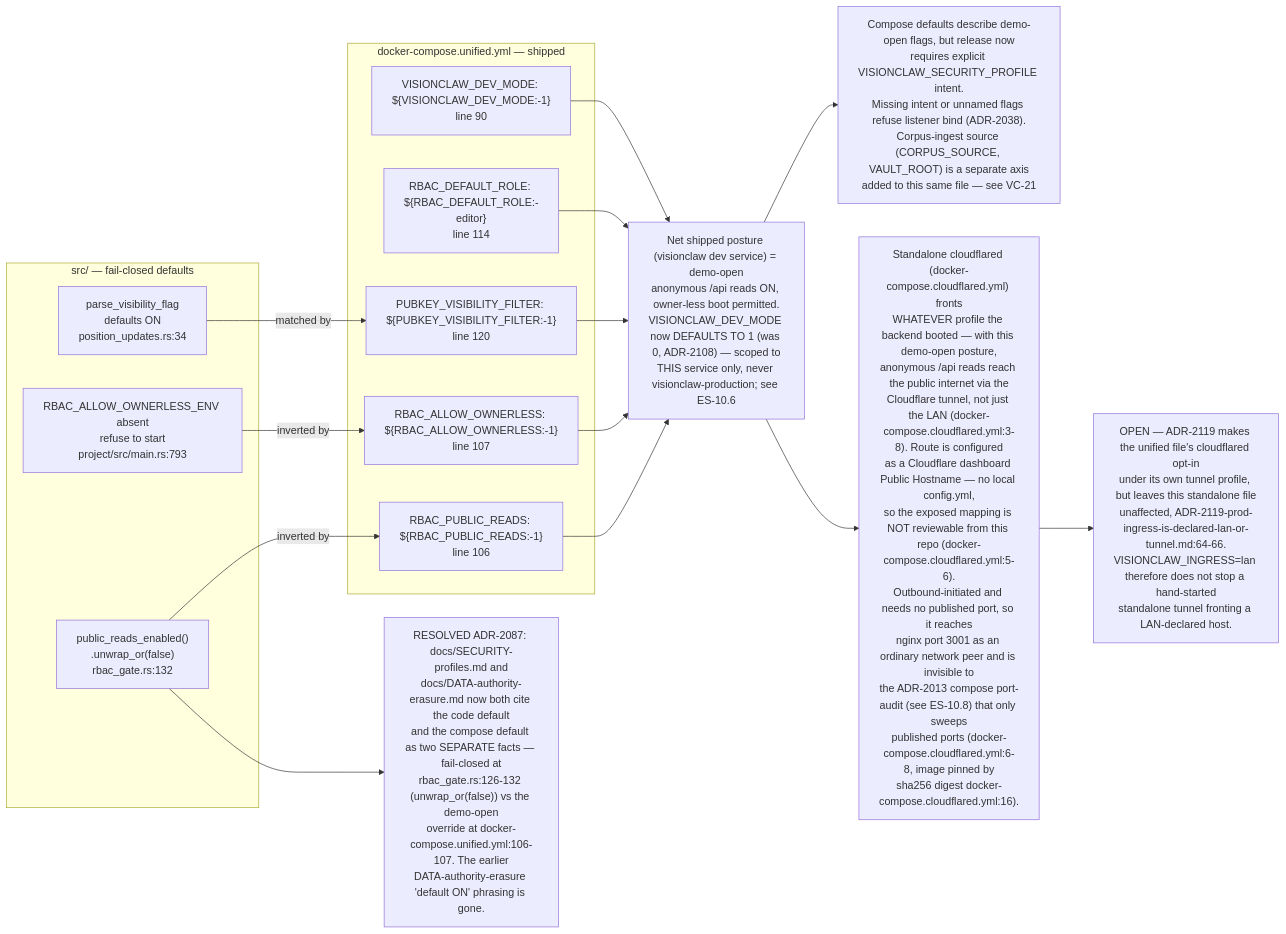
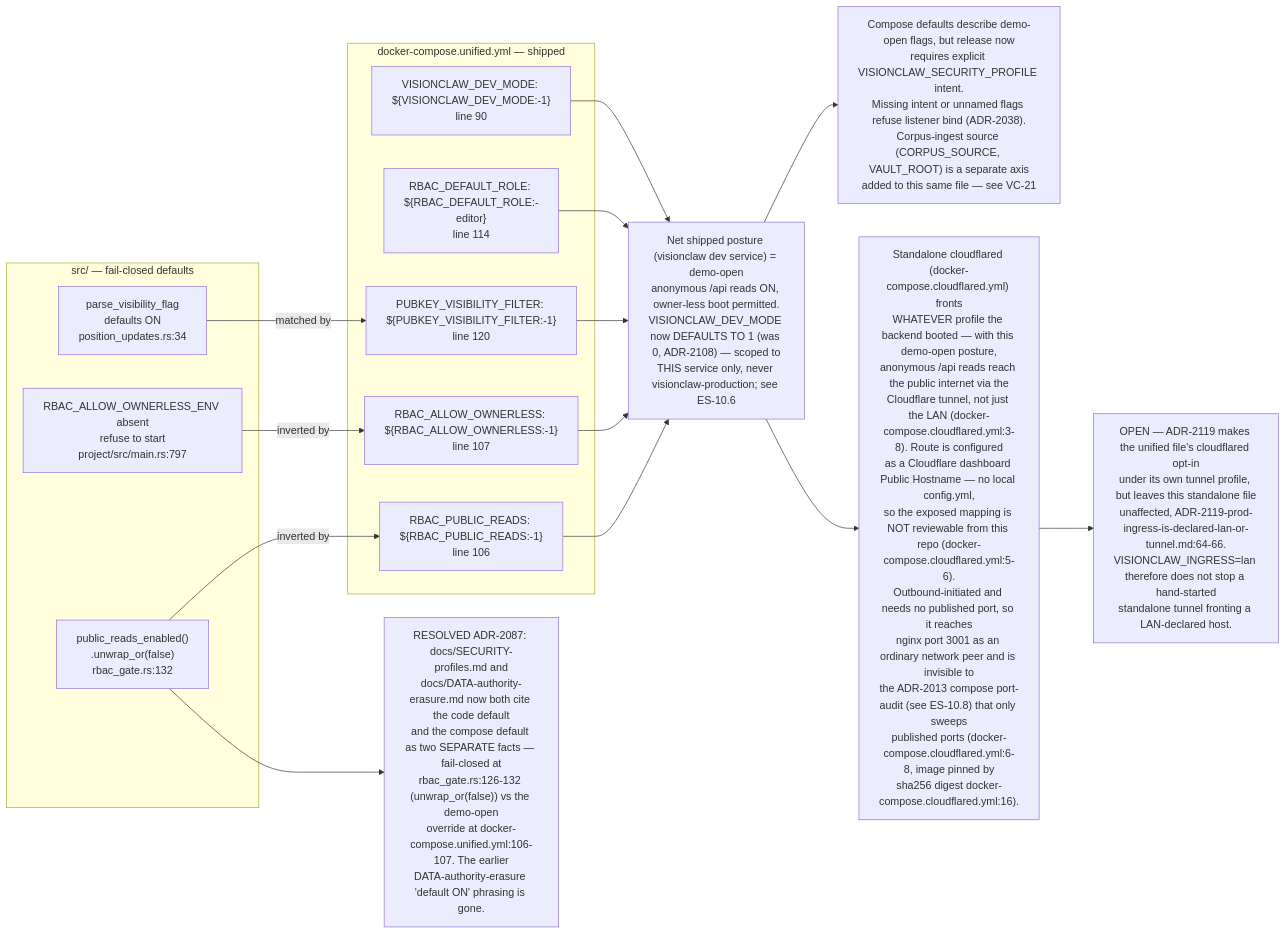
The third of 11 diagrams in docs/diagrams/estate/10-deployment-and-security-profiles.md (DreamLab-AI/VisionFlow), drawn with Mermaid before and after one commit. The commit also changed other lines of this file and 111 other files, not shown here.

Commit message:
docs(diagrams): align estate maps with current source

````diff
--- a/docs/diagrams/estate/10-deployment-and-security-profiles.md
+++ b/docs/diagrams/estate/10-deployment-and-security-profiles.md
@@ -141,33 +141,33 @@
 ```mermaid
 flowchart LR
     subgraph codeside["src/ — fail-closed defaults"]
         A1["public_reads_enabled()<br/>.unwrap_or(false)<br/>rbac_gate.rs:132"]
-        A2["RBAC_ALLOW_OWNERLESS_ENV absent<br/>refuse to start<br/>project/src/main.rs:793"]
+        A2["RBAC_ALLOW_OWNERLESS_ENV absent<br/>refuse to start<br/>project/src/main.rs:797"]
         A3["parse_visibility_flag<br/>defaults ON<br/>position_updates.rs:34"]
     end
     subgraph composeside["docker-compose.unified.yml — shipped"]
         B1["RBAC_PUBLIC_READS: ${RBAC_PUBLIC_READS:-1}<br/>line 106"]
         B2["RBAC_ALLOW_OWNERLESS: ${RBAC_ALLOW_OWNERLESS:-1}<br/>line 107"]
         B3["PUBKEY_VISIBILITY_FILTER: ${PUBKEY_VISIBILITY_FILTER:-1}<br/>line 120"]
         B4["RBAC_DEFAULT_ROLE: ${RBAC_DEFAULT_ROLE:-editor}<br/>line 114"]
         B5["VISIONCLAW_DEV_MODE: ${VISIONCLAW_DEV_MODE:-1}<br/>line 90"]
     end
     NET["Net shipped posture (visionclaw dev service) = demo-open<br/>anonymous /api reads ON, owner-less boot permitted.<br/>VISIONCLAW_DEV_MODE now DEFAULTS TO 1 (was 0, ADR-2108) — scoped to<br/>THIS service only, never visionclaw-production; see ES-10.6"]
     DRIFT1["Compose defaults describe demo-open flags, but release now<br/>requires explicit VISIONCLAW_SECURITY_PROFILE intent.<br/>Missing intent or unnamed flags refuse listener bind (ADR-2038).<br/>Corpus-ingest source (CORPUS_SOURCE, VAULT_ROOT) is a separate axis<br/>added to this same file — see VC-21"]
     DRIFT2["RESOLVED ADR-2087: docs/SECURITY-profiles.md and<br/>docs/DATA-authority-erasure.md now both cite the code default<br/>and the compose default as two SEPARATE facts — fail-closed at<br/>rbac_gate.rs:126-132 (unwrap_or(false)) vs the demo-open<br/>override at docker-compose.unified.yml:106-107. The earlier<br/>DATA-authority-erasure 'default ON' phrasing is gone."]
     CFT["Standalone cloudflared (docker-compose.cloudflared.yml) fronts<br/>WHATEVER profile the backend booted — with this demo-open posture,<br/>anonymous /api reads reach the public internet via the<br/>Cloudflare tunnel, not just the LAN (docker-compose.cloudflared.yml:3-8). Route is configured<br/>as a Cloudflare dashboard Public Hostname — no local config.yml,<br/>so the exposed mapping is NOT reviewable from this repo (docker-compose.cloudflared.yml:5-6).<br/>Outbound-initiated and needs no published port, so it reaches<br/>nginx port 3001 as an ordinary network peer and is invisible to<br/>the ADR-2013 compose port-audit (see ES-10.8) that only sweeps<br/>published ports (docker-compose.cloudflared.yml:6-8, image pinned by<br/>sha256 digest docker-compose.cloudflared.yml:16)."]
 
     A1 -- "inverted by" --> B1
     A2 -- "inverted by" --> B2
     A3 -- "matched by" --> B3
     B1 --> NET
     B2 --> NET
     B3 --> NET
     B4 --> NET
     B5 --> NET
     NET --> DRIFT1
     NET --> CFT
     LANGAP["OPEN — ADR-2119 makes the unified file's cloudflared opt-in<br/>under its own tunnel profile, but leaves this standalone file<br/>unaffected, ADR-2119-prod-ingress-is-declared-lan-or-tunnel.md:64-66.<br/>VISIONCLAW_INGRESS=lan therefore does not stop a hand-started<br/>standalone tunnel fronting a LAN-declared host."]
     CFT --> LANGAP
     A1 --> DRIFT2
 ```
````
